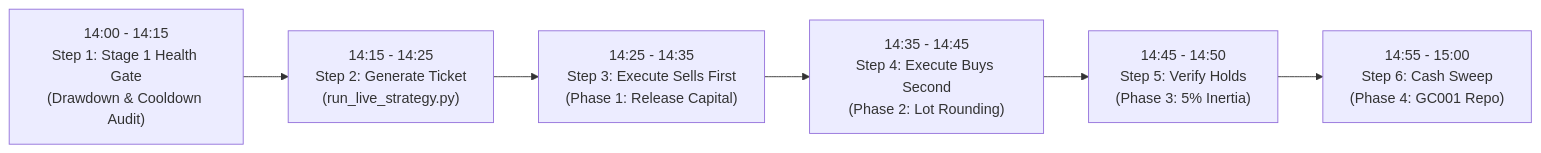
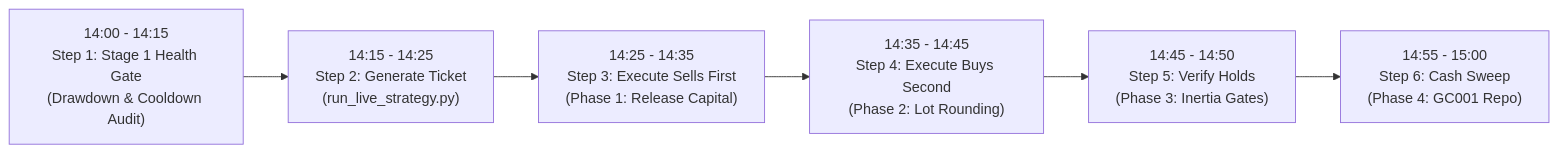
Before and after one commit to stonewell/quant_research: the second of 2 diagrams in docs/ruleset/chan_four_state_blend/rules.md, drawn with Mermaid. The commit also changed other lines of this file and 11 other files, not shown here.

Commit message:
separate live trade gates from backtest inertia in trading manuals

````diff
--- a/docs/ruleset/chan_four_state_blend/rules.md
+++ b/docs/ruleset/chan_four_state_blend/rules.md
@@ -63,8 +63,8 @@
 ```mermaid
 flowchart LR
     T1["14:00 - 14:15\nStep 1: Stage 1 Health Gate\n(Drawdown & Cooldown Audit)"] --> T2["14:15 - 14:25\nStep 2: Generate Ticket\n(run_live_strategy.py)"]
     T2 --> T3["14:25 - 14:35\nStep 3: Execute Sells First\n(Phase 1: Release Capital)"]
     T3 --> T4["14:35 - 14:45\nStep 4: Execute Buys Second\n(Phase 2: Lot Rounding)"]
-    T4 --> T5["14:45 - 14:50\nStep 5: Verify Holds\n(Phase 3: 5% Inertia)"]
+    T4 --> T5["14:45 - 14:50\nStep 5: Verify Holds\n(Phase 3: Inertia Gates)"]
     T5 --> T6["14:55 - 15:00\nStep 6: Cash Sweep\n(Phase 4: GC001 Repo)"]
 ```
````
